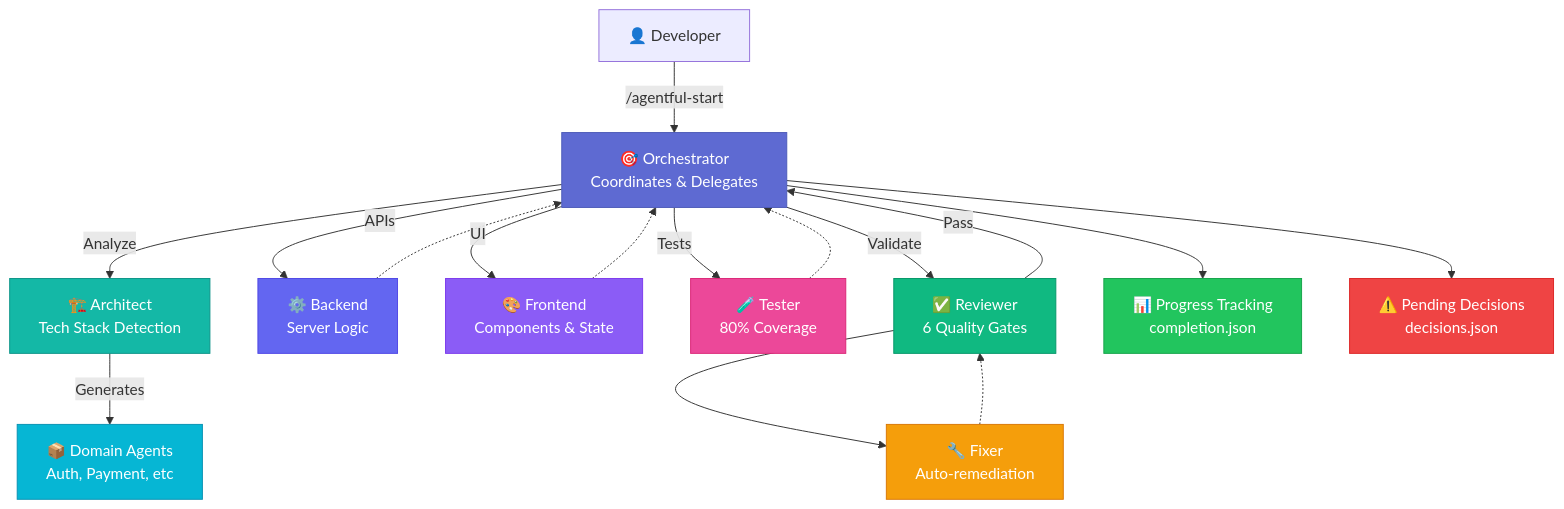
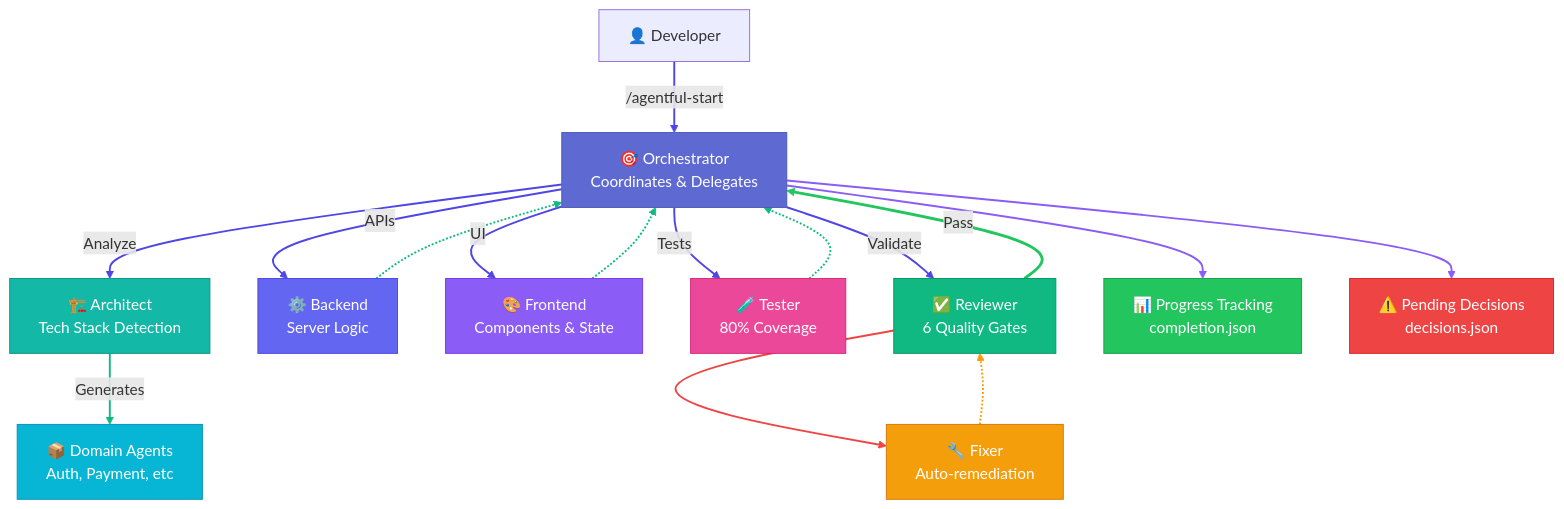
The first of 3 diagrams in docs/pages/getting-started/overview.mdx (itz4blitz/agentful), drawn with Mermaid before and after one commit. The commit also changed other lines of this file and 233 other files, not shown here.

````diff
--- a/docs/pages/getting-started/overview.mdx
+++ b/docs/pages/getting-started/overview.mdx
@@ -56,34 +107,41 @@
 ```mermaid
 graph TD
-    User[👤 Developer] -->|/agentful-start| Orchestrator[🎯 Orchestrator<br/>Coordinates & Delegates]
+    User["👤 Developer"] -->|/agentful-start| Orchestrator["🎯 Orchestrator<br/>Coordinates & Delegates"]
 
-    Orchestrator -->|Analyze| Architect[🏗️ Architect<br/>Tech Stack Detection]
-    Orchestrator -->|APIs| Backend[⚙️ Backend<br/>Server Logic]
-    Orchestrator -->|UI| Frontend[🎨 Frontend<br/>Components & State]
-    Orchestrator -->|Tests| Tester[🧪 Tester<br/>80% Coverage]
-    Orchestrator -->|Validate| Reviewer[✅ Reviewer<br/>6 Quality Gates]
+    Orchestrator -->|Analyze| Architect["🏗️ Architect<br/>Tech Stack Detection"]
+    Orchestrator -->|APIs| Backend["⚙️ Backend<br/>Server Logic"]
+    Orchestrator -->|UI| Frontend["🎨 Frontend<br/>Components & State"]
+    Orchestrator -->|Tests| Tester["🧪 Tester<br/>80% Coverage"]
+    Orchestrator -->|Validate| Reviewer["✅ Reviewer<br/>6 Quality Gates"]
 
-    Architect -->|Generates| Domain[📦 Domain Agents<br/>Auth, Payment, etc]
+    Architect -->|Generates| Domain["📦 Domain Agents<br/>Auth, Payment, etc"]
 
     Backend -.-> Orchestrator
     Frontend -.-> Orchestrator
     Tester -.-> Orchestrator
 
     Reviewer -->|Pass| Orchestrator
-    Reviewer --> Fixer[🔧 Fixer<br/>Auto-remediation]
+    Reviewer --> Fixer["🔧 Fixer<br/>Auto-remediation"]
     Fixer -.-> Reviewer
 
-    Orchestrator --> Progress[📊 Progress Tracking<br/>completion.json]
-    Orchestrator --> Decisions[⚠️ Pending Decisions<br/>decisions.json]
+    Orchestrator --> Progress["📊 Progress Tracking<br/>completion.json"]
+    Orchestrator --> Decisions["⚠️ Pending Decisions<br/>decisions.json"]
 
     style Orchestrator fill:#5e6ad2,stroke:#4c5ab8,color:#fff
     style Backend fill:#6366f1,stroke:#4f46e5,color:#fff
     style Frontend fill:#8b5cf6,stroke:#7c3aed,color:#fff
     style Tester fill:#ec4899,stroke:#db2777,color:#fff
     style Reviewer fill:#10b981,stroke:#059669,color:#fff
     style Fixer fill:#f59e0b,stroke:#d97706,color:#fff
     style Architect fill:#14b8a6,stroke:#0d9488,color:#fff
     style Domain fill:#06b6d4,stroke:#0891b2,color:#fff
     style Progress fill:#22c55e,stroke:#16a34a,color:#fff
     style Decisions fill:#ef4444,stroke:#dc2626,color:#fff
+
+    linkStyle 0,1,2,3,4,5 stroke:#4f46e5,stroke-width:2px
+    linkStyle 6,7,8,9 stroke:#10b981,stroke-width:2px
+    linkStyle 10 stroke:#22c55e,stroke-width:3px
+    linkStyle 11 stroke:#ef4444,stroke-width:2px
+    linkStyle 12 stroke:#f59e0b,stroke-width:2px
+    linkStyle 13,14 stroke:#8b5cf6,stroke-width:2px
 ```
````
